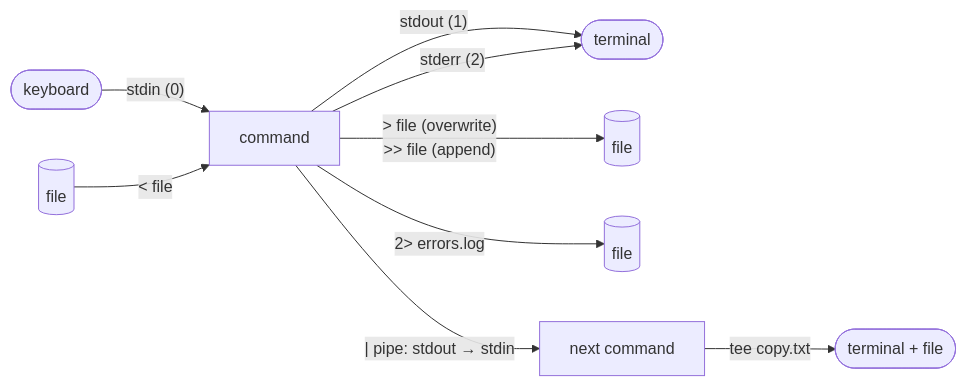
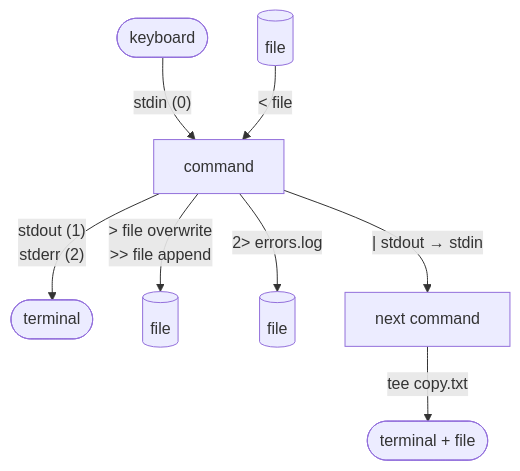
The second of 2 diagrams in _posts/2025-07-09-chapter-0-1-linux-commands.md (e-choness/portfolio-site), drawn with Mermaid before and after one commit. The commit also changed other lines of this file and 22 other files, not shown here.

Commit message:
improve diagram display

````diff
--- a/_posts/2025-07-09-chapter-0-1-linux-commands.md
+++ b/_posts/2025-07-09-chapter-0-1-linux-commands.md
@@ -176,11 +176,10 @@
 ```mermaid
-flowchart LR
+flowchart TD
   kb([keyboard]) -- "stdin (0)" --> cmd[command]
   in[(file)] -- "< file" --> cmd
-  cmd -- "stdout (1)" --> term([terminal])
-  cmd -- "stderr (2)" --> term
-  cmd -- "> file  (overwrite)<br/>>> file  (append)" --> out[(file)]
+  cmd -- "stdout (1)<br/>stderr (2)" --> term([terminal])
+  cmd -- "> file overwrite<br/>>> file append" --> out[(file)]
   cmd -- "2> errors.log" --> err[(file)]
-  cmd -- "| pipe: stdout → stdin" --> next[next command]
+  cmd -- "| stdout → stdin" --> next[next command]
   next -- "tee copy.txt" --> both([terminal + file])
 ```
````
